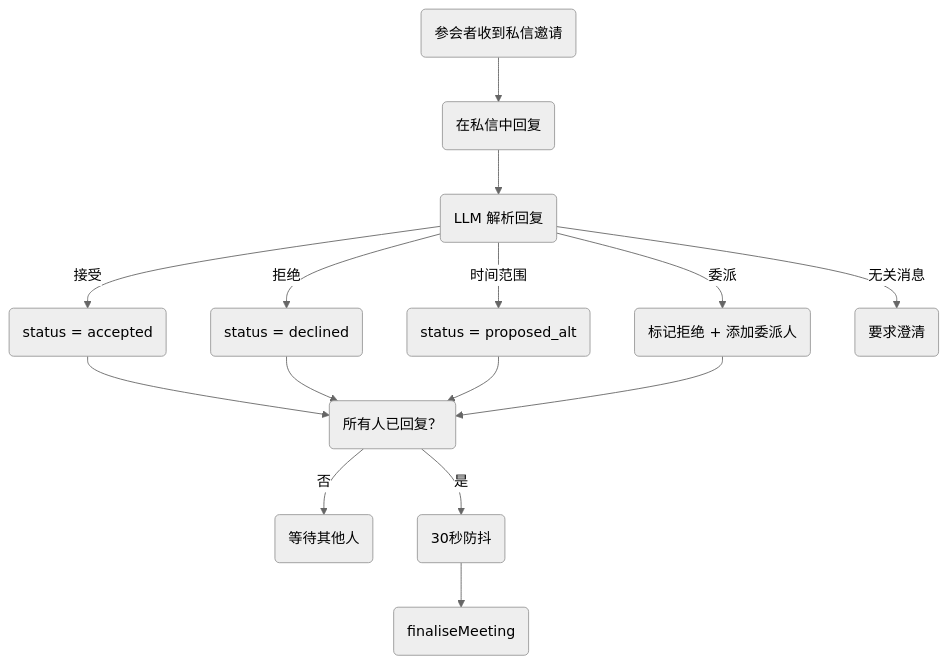
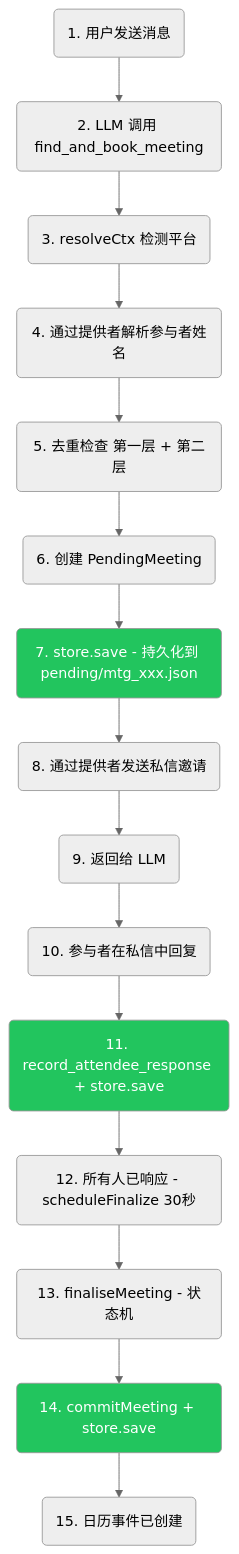
The ninth of 13 diagrams in README.zh-CN.md (javana3/claw_meeting_all), drawn with Mermaid (neutral theme) before and after one commit. The commit also changed other lines of this file and 4 other files, not shown here.

First line of the commit message:
docs: rewrite all 5 READMEs with detailed Plugin/Skill flow + diff

````diff
--- a/README.zh-CN.md
+++ b/README.zh-CN.md
@@ -133,19 +290,22 @@
 ```mermaid
 graph TD
-    A(参会者收到私信邀请) --> B(在私信中回复)
-    B --> C(LLM 解析回复)
-    C -->|接受| D(status = accepted)
-    C -->|拒绝| E(status = declined)
-    C -->|时间范围| F(status = proposed_alt)
-    C -->|委派| G(标记拒绝 + 添加委派人)
-    C -->|无关消息| H(要求澄清)
+    A(1. 用户发送消息) --> B(2. LLM 调用 find_and_book_meeting)
+    B --> C(3. resolveCtx 检测平台)
+    C --> D(4. 通过提供者解析参与者姓名)
+    D --> E(5. 去重检查 第一层 + 第二层)
+    E --> F(6. 创建 PendingMeeting)
+    F --> G(7. store.save - 持久化到 pending/mtg_xxx.json)
+    G --> H(8. 通过提供者发送私信邀请)
+    H --> I(9. 返回给 LLM)
 
-    D --> I(所有人已回复？)
-    E --> I
-    F --> I
-    G --> I
+    I --> J(10. 参与者在私信中回复)
+    J --> K(11. record_attendee_response + store.save)
+    K --> L(12. 所有人已响应 - scheduleFinalize 30秒)
+    L --> M(13. finaliseMeeting - 状态机)
+    M --> N(14. commitMeeting + store.save)
+    N --> O(15. 日历事件已创建)
 
-    I -->|否| J(等待其他人)
-    I -->|是| K(30秒防抖)
-    K --> L(finaliseMeeting)
+    style G fill:#22c55e,color:#fff
+    style K fill:#22c55e,color:#fff
+    style N fill:#22c55e,color:#fff
 ```
````
